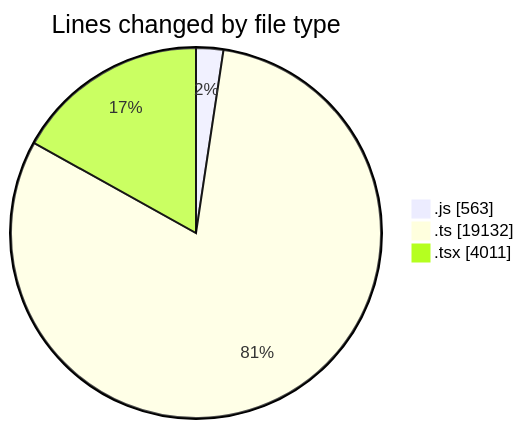
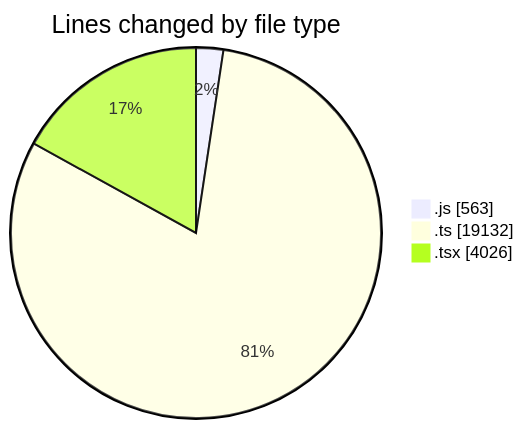
One commit to momahboobian/code-tracking changed the first of 2 diagrams in 2025-11-14/cda/README.md. Above: the diagram before and after it, drawn with Mermaid. The commit also changed other lines of this file and 1 other file, not shown here.

````diff
--- a/2025-11-14/cda/README.md
+++ b/2025-11-14/cda/README.md
@@ -43,7 +43,7 @@
 ```mermaid
 pie showData
 title Lines changed by file type
 ".js" : 563
 ".ts" : 19132
-".tsx" : 4011
+".tsx" : 4026
 ```
````
